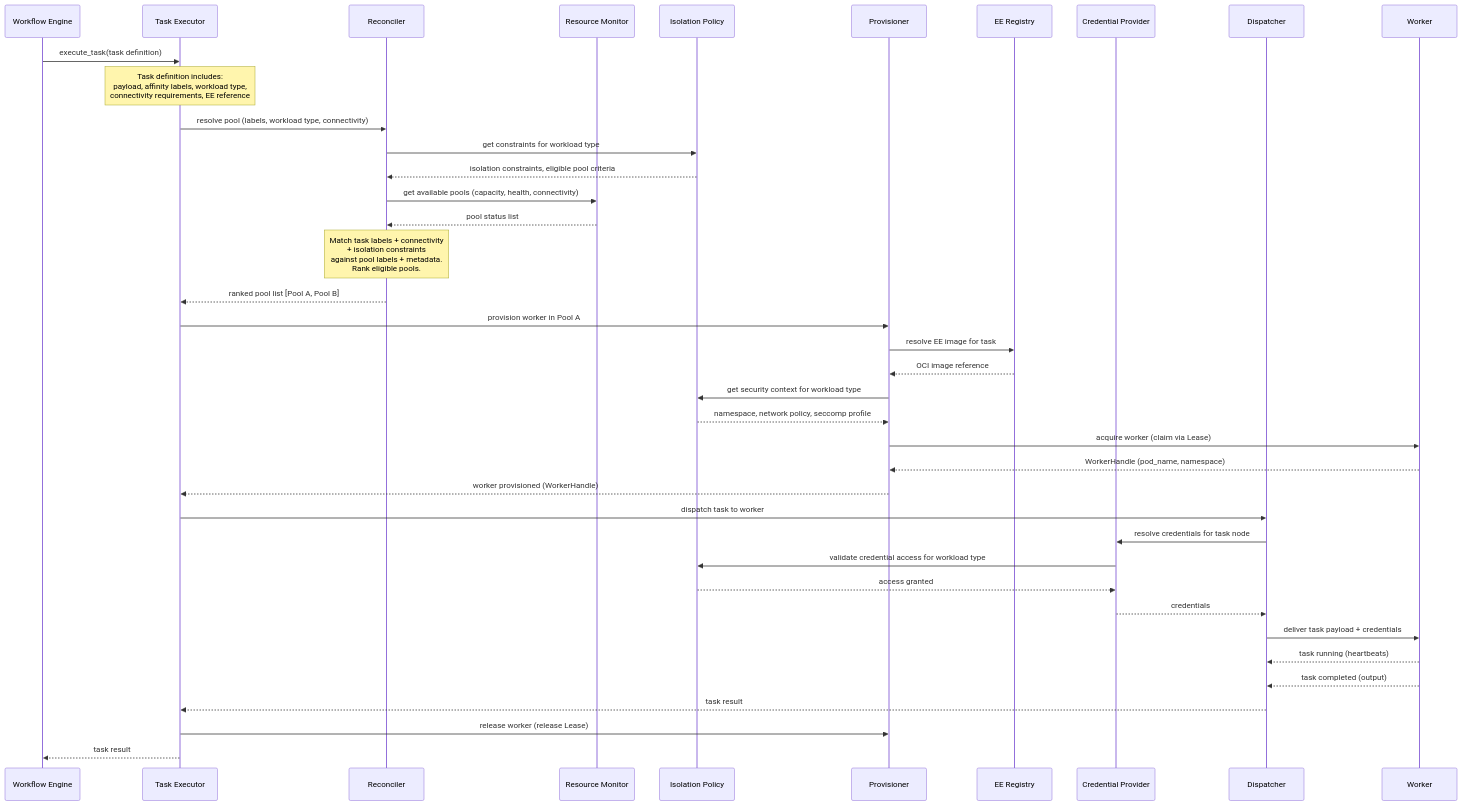
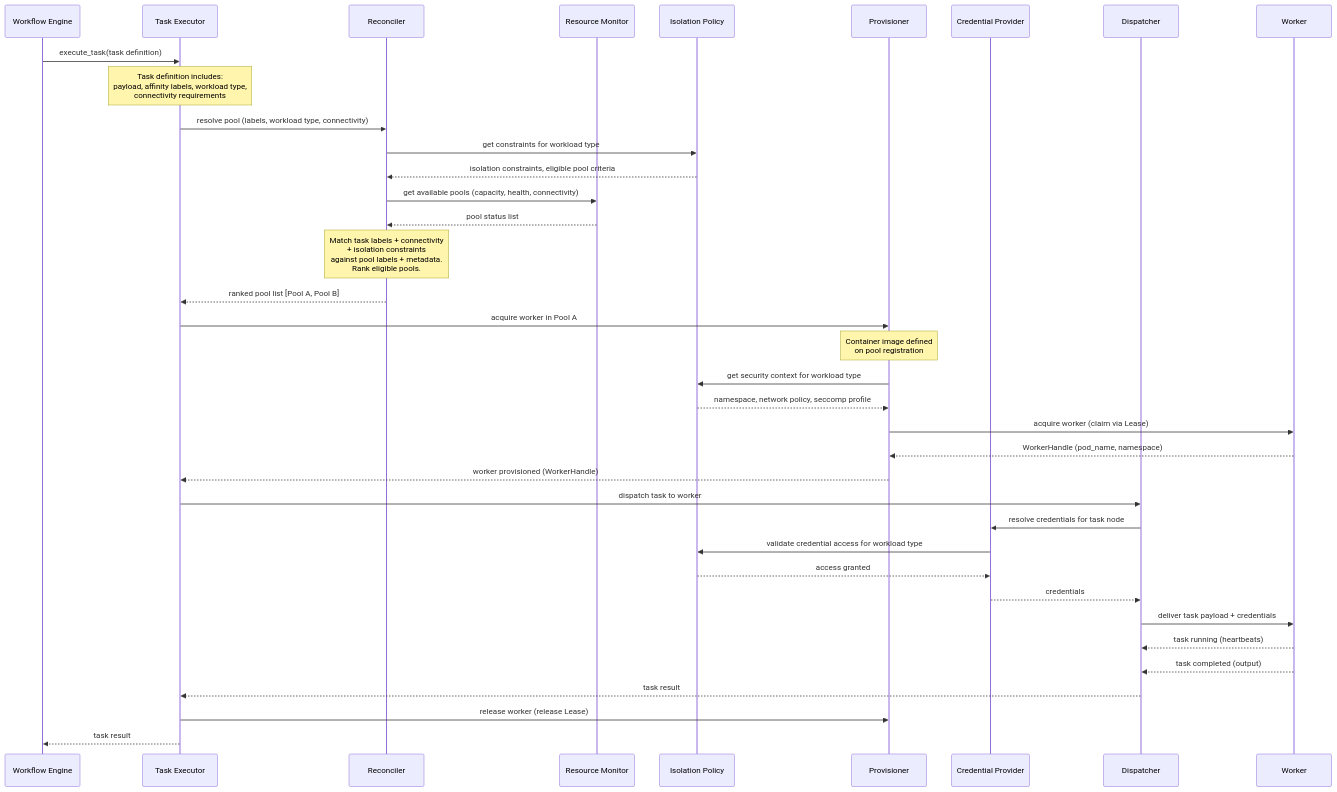
Before and after one commit to manstis/syntara: the eighth of 15 diagrams in backend/docs/execution-plane.md, drawn with Mermaid. The commit also changed other lines of this file and 2 other files, not shown here.

Commit message:
chore: Remove Container Image registry concept.

````diff
--- a/backend/docs/execution-plane.md
+++ b/backend/docs/execution-plane.md
@@ -453,60 +434,58 @@
 ```mermaid
 sequenceDiagram
     participant WE as Workflow Engine
     participant TE as Task Executor
     participant R as Reconciler
     participant RM as Resource Monitor
     participant IP as Isolation Policy
     participant P as Provisioner
-    participant EER as EE Registry
     participant CP as Credential Provider
     participant D as Dispatcher
     participant W as Worker
 
     WE->>TE: execute_task(task definition)
 
-    Note over TE: Task definition includes:<br/>payload, affinity labels, workload type,<br/>connectivity requirements, EE reference
+    Note over TE: Task definition includes:<br/>payload, affinity labels, workload type,<br/>connectivity requirements
 
     TE->>R: resolve pool (labels, workload type, connectivity)
 
     R->>IP: get constraints for workload type
     IP-->>R: isolation constraints, eligible pool criteria
 
     R->>RM: get available pools (capacity, health, connectivity)
     RM-->>R: pool status list
 
     Note over R: Match task labels + connectivity<br/>+ isolation constraints<br/>against pool labels + metadata.<br/>Rank eligible pools.
 
     R-->>TE: ranked pool list [Pool A, Pool B]
 
-    TE->>P: provision worker in Pool A
+    TE->>P: acquire worker in Pool A
 
-    P->>EER: resolve EE image for task
-    EER-->>P: OCI image reference
+    Note over P: Container image defined<br/>on pool registration
 
     P->>IP: get security context for workload type
     IP-->>P: namespace, network policy, seccomp profile
 
     P->>W: acquire worker (claim via Lease)
     W-->>P: WorkerHandle (pod_name, namespace)
 
     P-->>TE: worker provisioned (WorkerHandle)
 
     TE->>D: dispatch task to worker
 
     D->>CP: resolve credentials for task node
     CP->>IP: validate credential access for workload type
     IP-->>CP: access granted
     CP-->>D: credentials
 
     D->>W: deliver task payload + credentials
 
     W-->>D: task running (heartbeats)
     W-->>D: task completed (output)
 
     D-->>TE: task result
 
     TE->>P: release worker (release Lease)
 
     TE-->>WE: task result
 ```
````
